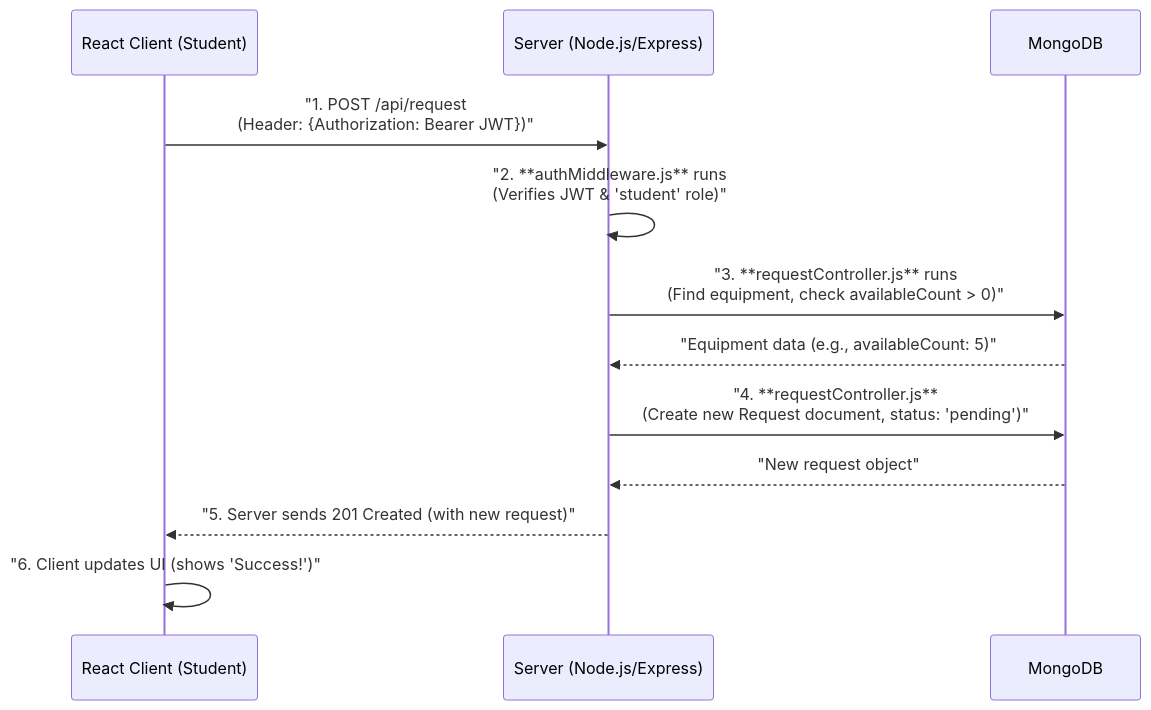
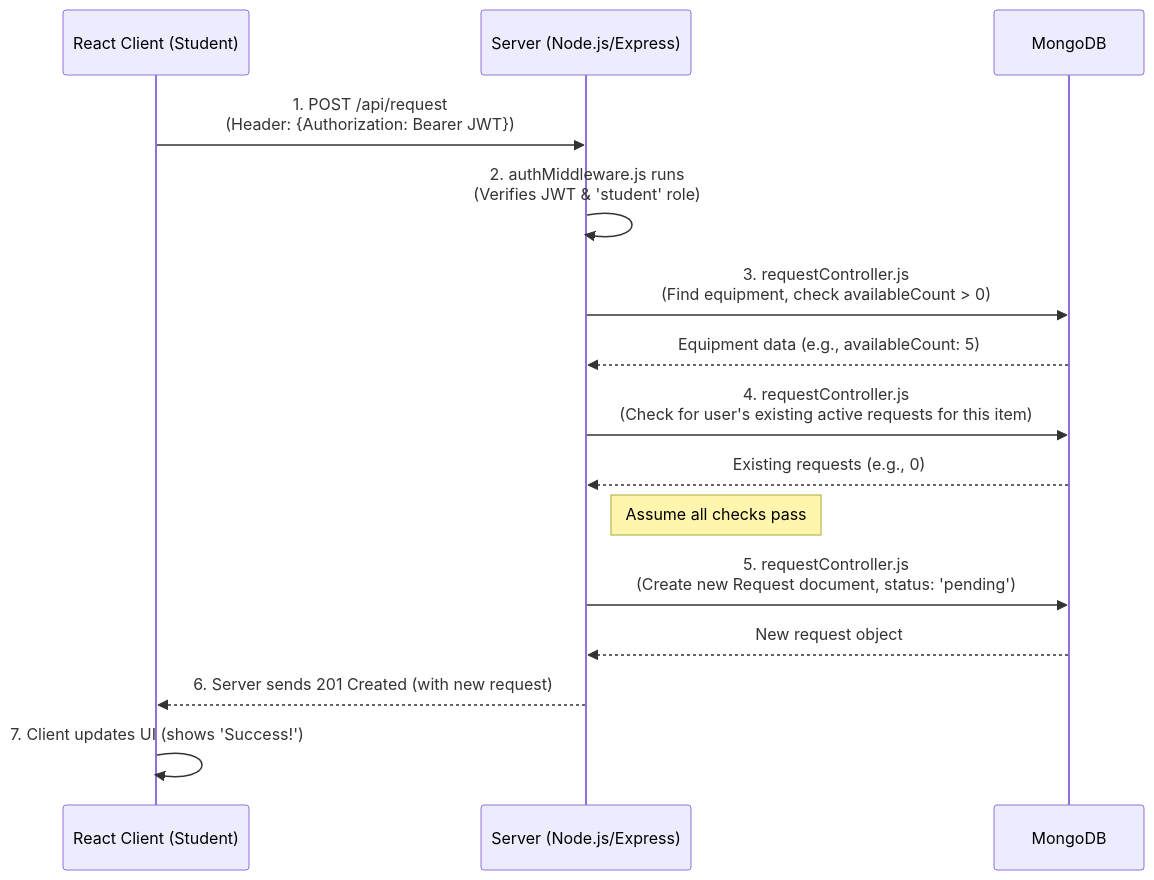
The fourth of 4 diagrams in README.md (my-codespace/school-equipment-lending-portal-phase1), drawn with Mermaid before and after one commit. The commit also changed other lines of this file, not shown here.

Commit message:
Revise README diagrams and terminology
Updated the README to improve clarity and correct terminology in diagrams.

````diff
--- a/README.md
+++ b/README.md
@@ -69,19 +73,24 @@
 ```mermaid
 sequenceDiagram
     participant C as React Client (Student)
     participant S as Server (Node.js/Express)
     participant DB as MongoDB
 
-    C ->> S: "1. POST /api/request <br> (Header: {Authorization: Bearer JWT})"
+    C ->> S: 1. POST /api/request <br> (Header: {Authorization: Bearer JWT})
     
-    S ->> S: "2. **authMiddleware.js** runs <br> (Verifies JWT & 'student' role)"
+    S ->> S: 2. authMiddleware.js runs <br> (Verifies JWT & 'student' role)
     
-    S ->> DB: "3. **requestController.js** runs <br> (Find equipment, check availableCount > 0)"
-    DB -->> S: "Equipment data (e.g., availableCount: 5)"
+    S ->> DB: 3. requestController.js <br> (Find equipment, check availableCount > 0)
+    DB -->> S: Equipment data (e.g., availableCount: 5)
     
-    S ->> DB: "4. **requestController.js** <br> (Create new Request document, status: 'pending')"
-    DB -->> S: "New request object"
+    S ->> DB: 4. requestController.js <br> (Check for user's existing active requests for this item)
+    DB -->> S: Existing requests (e.g., 0)
     
-    S -->> C: "5. Server sends 201 Created (with new request)"
-    C ->> C: "6. Client updates UI (shows 'Success!')"
+    note right of S: Assume all checks pass
+    
+    S ->> DB: 5. requestController.js <br> (Create new Request document, status: 'pending')
+    DB -->> S: New request object
+    
+    S -->> C: 6. Server sends 201 Created (with new request)
+    C ->> C: 7. Client updates UI (shows 'Success!')
 ```
````
